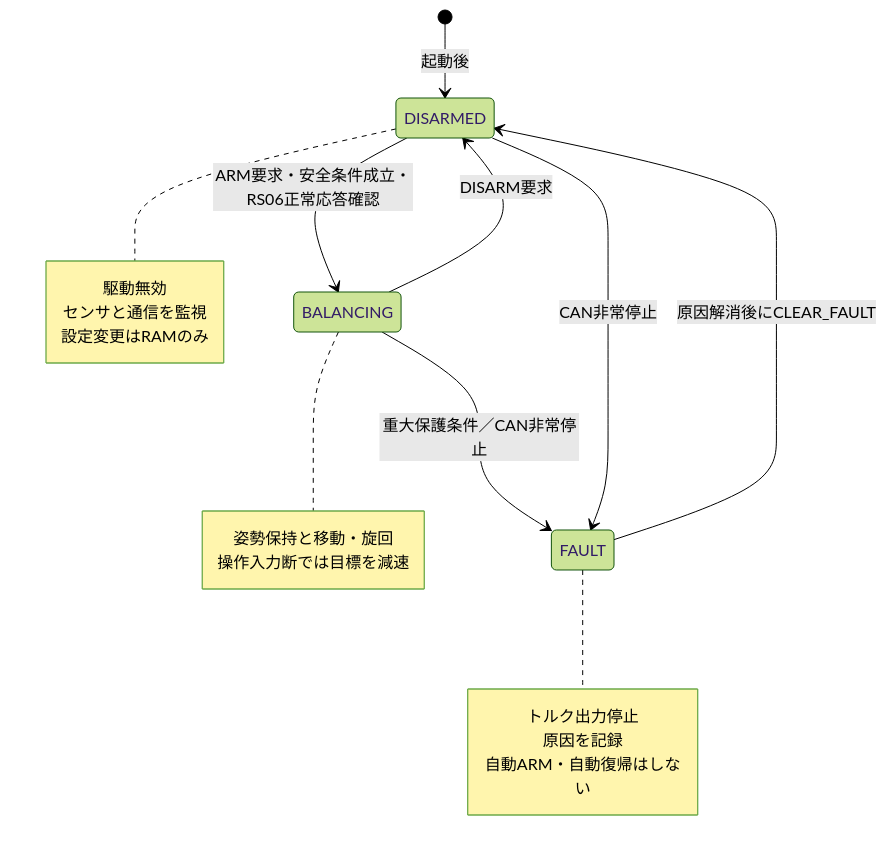
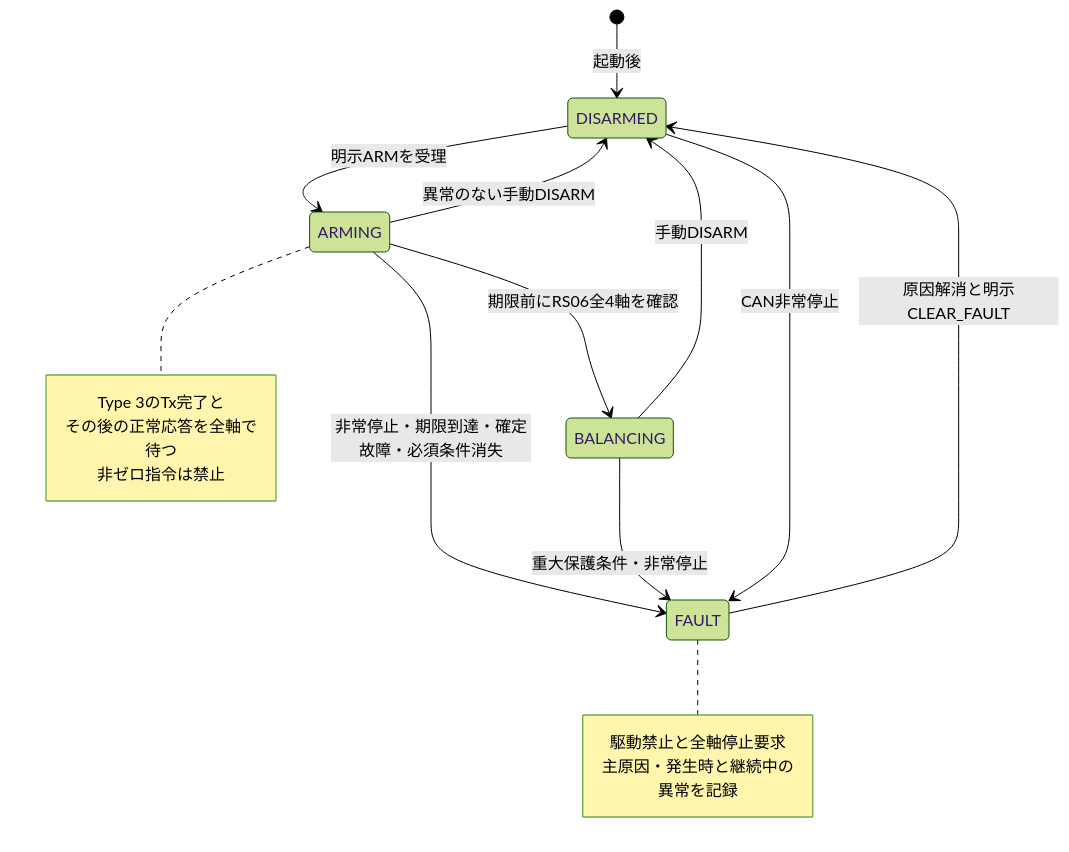
Before and after one commit to kou-pen/balancing: the fourth of 8 diagrams in docs/diagrams.md, drawn with Mermaid (forest theme). The commit also changed other lines of this file and 13 other files, not shown here.

Commit message:
docs(f446): record C++17 public API and control diagrams (#29)

```diff
--- a/docs/diagrams.md
+++ b/docs/diagrams.md
@@ -111,23 +142,21 @@
 <pre class="mermaid">
 stateDiagram-v2
     [*] --> DISARMED: 起動後
-    DISARMED --> BALANCING: ARM要求・安全条件成立・RS06正常応答確認
-    BALANCING --> DISARMED: DISARM要求
-    BALANCING --> FAULT: 重大保護条件／CAN非常停止
+    DISARMED --> ARMING: 明示ARMを受理
+    ARMING --> BALANCING: 期限前にRS06全4軸を確認
+    ARMING --> DISARMED: 異常のない手動DISARM
+    ARMING --> FAULT: 非常停止・期限到達・確定故障・必須条件消失
+    BALANCING --> DISARMED: 手動DISARM
+    BALANCING --> FAULT: 重大保護条件・非常停止
     DISARMED --> FAULT: CAN非常停止
-    FAULT --> DISARMED: 原因解消後にCLEAR_FAULT
-    note right of DISARMED
-      駆動無効
-      センサと通信を監視
-      設定変更はRAMのみ
-    end note
-    note right of BALANCING
-      姿勢保持と移動・旋回
-      操作入力断では目標を減速
+    FAULT --> DISARMED: 原因解消と明示CLEAR_FAULT
+    note right of ARMING
+      Type 3のTx完了と
+      その後の正常応答を全軸で待つ
+      非ゼロ指令は禁止
     end note
     note right of FAULT
-      トルク出力停止
-      原因を記録
-      自動ARM・自動復帰はしない
+      駆動禁止と全軸停止要求
+      主原因・発生時と継続中の異常を記録
     end note
 </pre>
```
